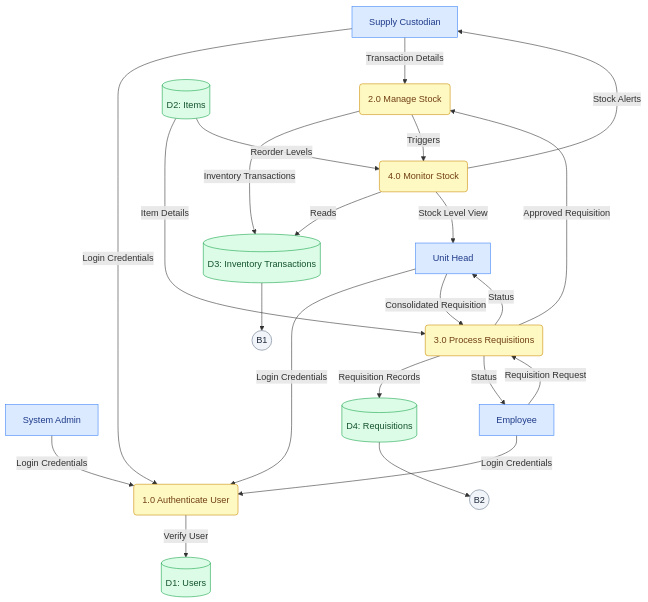
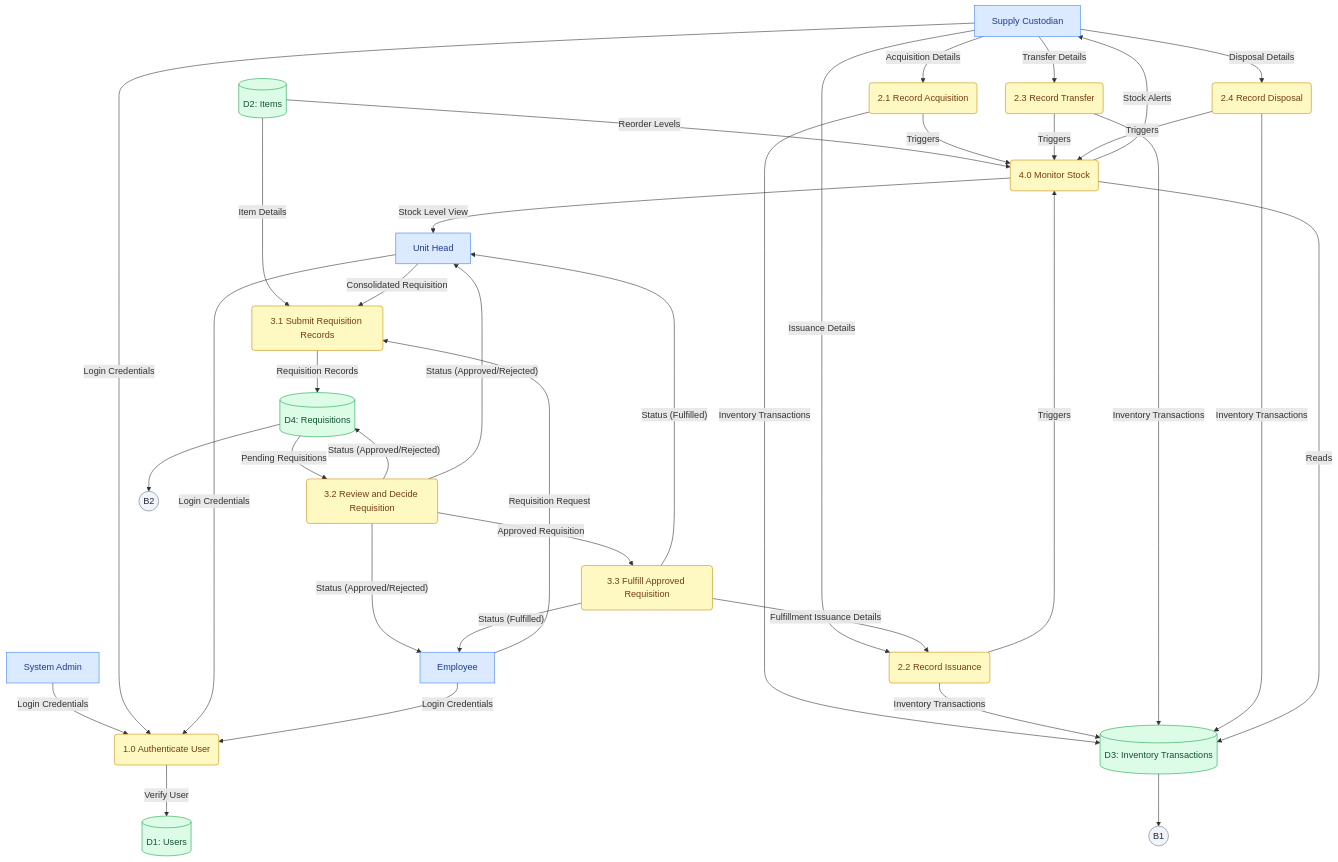
The second of 3 diagrams in docs/DFD.md (Daaanj05/owwa_inventory), drawn with Mermaid before and after one commit. The commit also changed other lines of this file and 569 other files, not shown here.

````diff
--- a/docs/DFD.md
+++ b/docs/DFD.md
@@ -71,8 +71,16 @@
 
     %% Core operational processes
     P1("1.0 Authenticate User")
-    P3("3.0 Process Requisitions")
-    P2("2.0 Manage Stock")
+    %% Requisitions (submit -> review/decision -> fulfillment)
+    P3a("3.1 Submit Requisition Records")
+    P3b("3.2 Review and Decide Requisition")
+    P3c("3.3 Fulfill Approved Requisition")
+
+    %% Stock transactions (separate transaction types)
+    P2a("2.1 Record Acquisition")
+    P2b("2.2 Record Issuance")
+    P2c("2.3 Record Transfer")
+    P2d("2.4 Record Disposal")
     P4("4.0 Monitor Stock")
 
     %% Data stores and off-page connectors
@@ -84,7 +92,7 @@
     B2(("B2"))
 
     %% Reference data
-    D2 -->|"Item Details"| P3
+    D2 -->|"Item Details"| P3a
     D2 -->|"Reorder Levels"| P4
 
     %% Authentication
@@ -95,21 +103,43 @@
     P1 -->|"Verify User"| D1
 
     %% Stock and requisitions
-    SC -->|"Transaction Details"| P2
-    UH -->|"Consolidated Requisition"| P3
-    EMP -->|"Requisition Request"| P3
+    SC -->|"Acquisition Details"| P2a
+    SC -->|"Issuance Details"| P2b
+    SC -->|"Transfer Details"| P2c
+    SC -->|"Disposal Details"| P2d
 
-    P3 -->|"Requisition Records"| D4
-    P3 -->|"Approved Requisition"| P2
-    P2 -->|"Inventory Transactions"| D3
-    P2 -->|"Triggers"| P4
+    UH -->|"Consolidated Requisition"| P3a
+    EMP -->|"Requisition Request"| P3a
+
+    P3a -->|"Requisition Records"| D4
+
+    D4 -->|"Pending Requisitions"| P3b
+    P3b -->|"Status (Approved/Rejected)"| D4
+    P3b -->|"Approved Requisition"| P3c
+
+    P3c -->|"Fulfillment Issuance Details"| P2b
+
+    P2a -->|"Inventory Transactions"| D3
+    P2a -->|"Triggers"| P4
+
+    P2b -->|"Inventory Transactions"| D3
+    P2b -->|"Triggers"| P4
+
+    P2c -->|"Inventory Transactions"| D3
+    P2c -->|"Triggers"| P4
+
+    P2d -->|"Inventory Transactions"| D3
+    P2d -->|"Triggers"| P4
     P4 -->|"Reads"| D3
 
     %% Outputs to external entities
     P4 -->|"Stock Alerts"| SC
     P4 -->|"Stock Level View"| UH
-    P3 -->|"Status"| UH
-    P3 -->|"Status"| EMP
+
+    P3b -->|"Status (Approved/Rejected)"| UH
+    P3b -->|"Status (Approved/Rejected)"| EMP
+    P3c -->|"Status (Fulfilled)"| UH
+    P3c -->|"Status (Fulfilled)"| EMP
 
     %% Off-page connectors indicating data used in Part B
     D3 --> B1
@@ -121,7 +151,7 @@
     classDef connector fill:#f1f5f9,color:#1e293b,stroke:#64748b
 
     class SA,SC,UH,EMP entity
-    class P1,P2,P3,P4 process
+    class P1,P3a,P3b,P3c,P2a,P2b,P2c,P2d,P4 process
     class D1,D2,D3,D4 store
     class B1,B2 connector
 ```
````
